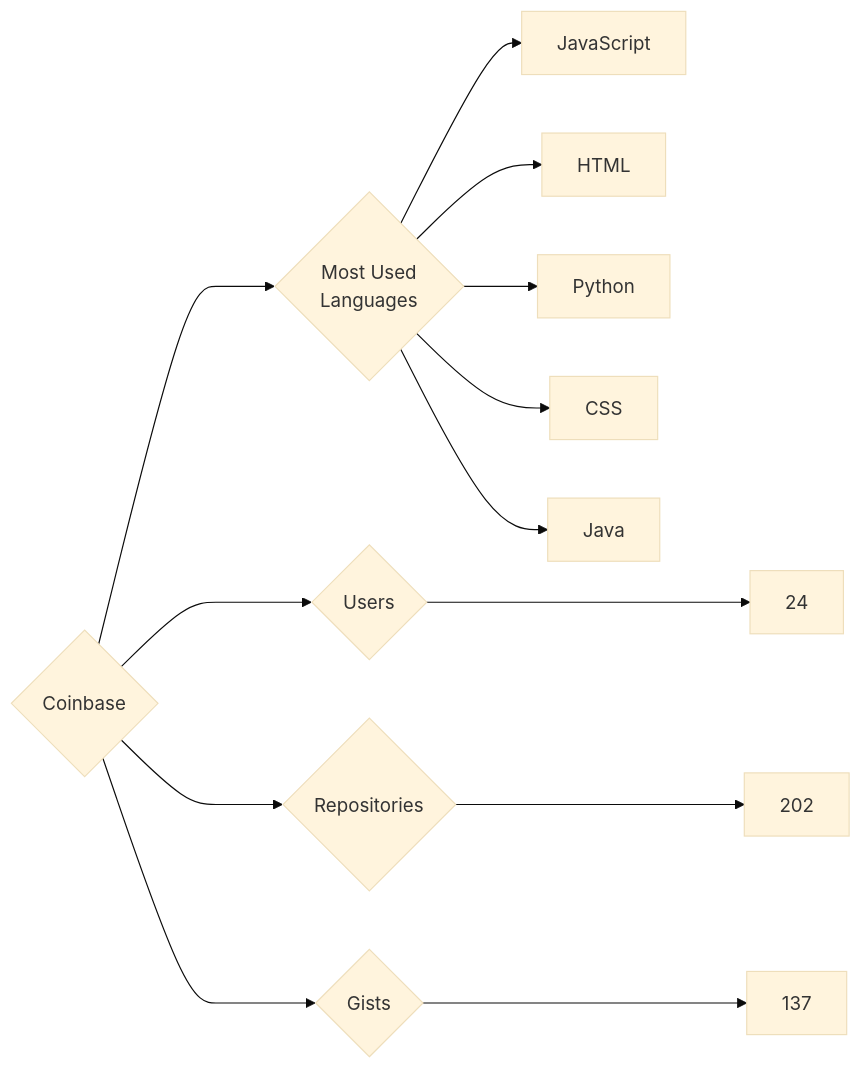
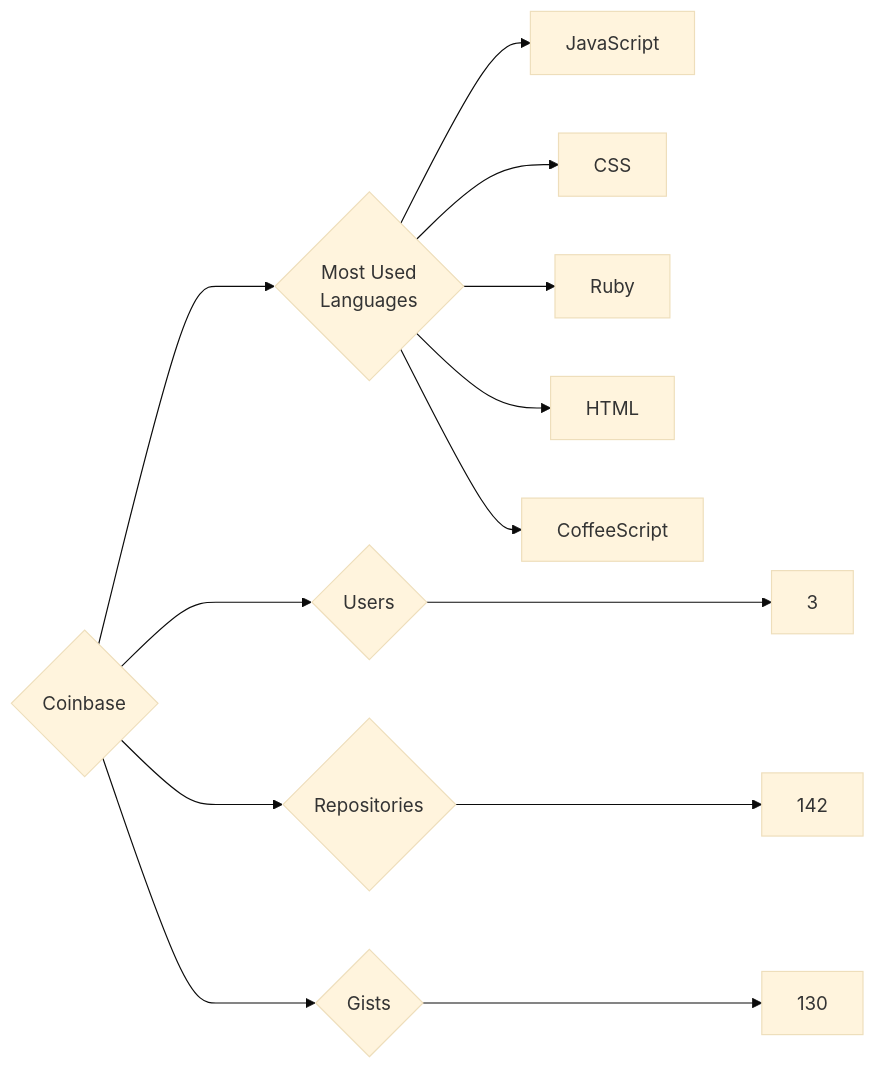
Before and after one commit to trickest/insiders: the diagram in targets/Coinbase/README.md, drawn with Mermaid (base theme). The commit also changed 914 other files, not shown here.

````diff
--- a/targets/Coinbase/README.md
+++ b/targets/Coinbase/README.md
@@ -3,13 +3,13 @@
 ```mermaid
 graph LR
 COMPANY_NAME{Coinbase}
-COMPANY_NAME ---> U{Users} ---> UN[24]
-COMPANY_NAME ---> R{Repositories} ---> RN[202]
-COMPANY_NAME ---> G{Gists} ---> GN[137]
+COMPANY_NAME ---> U{Users} ---> UN[3]
+COMPANY_NAME ---> R{Repositories} ---> RN[142]
+COMPANY_NAME ---> G{Gists} ---> GN[130]
 COMPANY_NAME ---> ML{Most Used<br>Languages}
 ML --> JavaScript[JavaScript]
+ML --> CSS[CSS]
+ML --> Ruby[Ruby]
 ML --> HTML[HTML]
-ML --> Python[Python]
-ML --> CSS[CSS]
-ML --> Java[Java]
+ML --> CoffeeScript[CoffeeScript]
 ```
````
